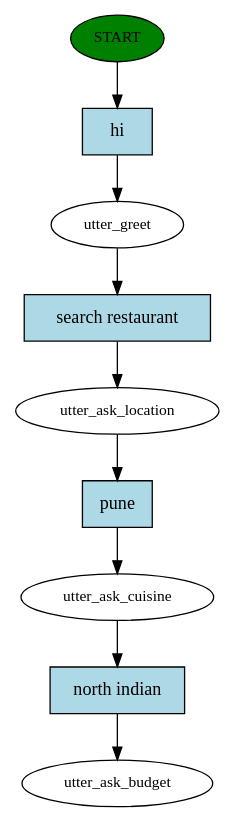
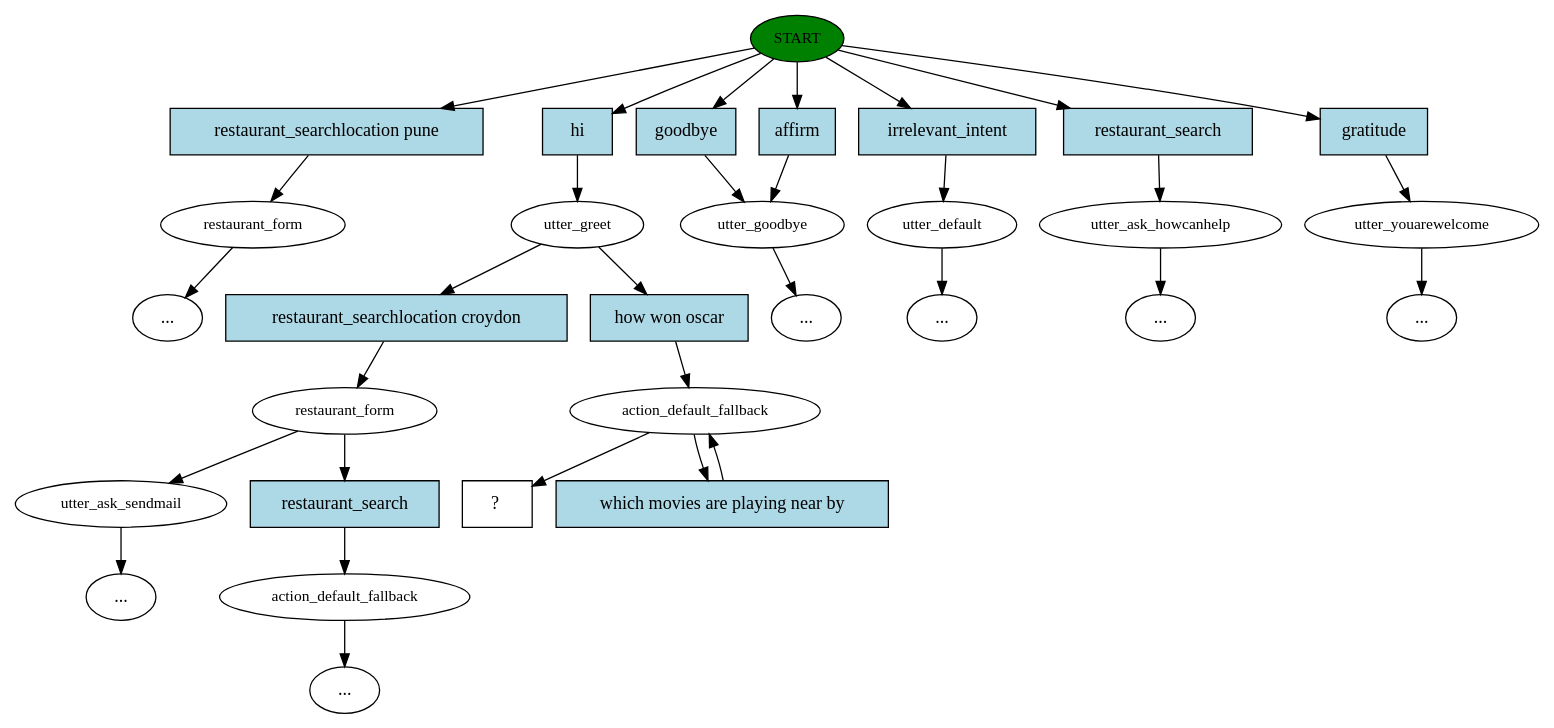
Before and after one commit to santoshcbit2002/RASA_NLU_BASE: the diagram in story_graph.dot, drawn with Graphviz. The commit also changed 8 other files, not shown here.

```diff
--- a/story_graph.dot
+++ b/story_graph.dot
@@ -1,19 +1,63 @@
 digraph  {
 0 [class="start active", fillcolor=green, fontsize=12, label=START, style=filled];
-1 [class=active, fontsize=12, label=utter_greet];
-2 [class=active, fontsize=12, label=utter_ask_location];
-3 [class=active, fontsize=12, label=utter_ask_cuisine];
-4 [class="dashed active", fontsize=12, label=utter_ask_budget];
-5 [class="intent active", fillcolor=lightblue, label=hi, shape=rect, style=filled];
-6 [class="intent active", fillcolor=lightblue, label="search restaurant", shape=rect, style=filled];
-7 [class="intent active", fillcolor=lightblue, label=pune, shape=rect, style=filled];
-8 [class="intent active", fillcolor=lightblue, label="north indian", shape=rect, style=filled];
-0 -> 5  [class=active, key=0];
-1 -> 6  [class=active, key=0];
-2 -> 7  [class=active, key=0];
-3 -> 8  [class=active, key=0];
-5 -> 1  [class=active, key=0];
-6 -> 2  [class=active, key=0];
-7 -> 3  [class=active, key=0];
-8 -> 4  [class=active, key=0];
+1 [class="", fontsize=12, label=restaurant_form];
+"-4" [class=ellipsis, label="..."];
+3 [class=active, fontsize=12, label=utter_greet];
+4 [class="", fontsize=12, label=restaurant_form];
+5 [class="", fontsize=12, label=utter_ask_sendmail];
+9 [class="", fontsize=12, label=utter_goodbye];
+10 [class="", fontsize=12, label=utter_default];
+"-8" [class=ellipsis, label="..."];
+32 [class="", fontsize=12, label=utter_ask_howcanhelp];
+"-16" [class=ellipsis, label="..."];
+"-18" [class=ellipsis, label="..."];
+37 [class="", fontsize=12, label=utter_youarewelcome];
+"-19" [class=ellipsis, label="..."];
+40 [class="", fontsize=12, label=action_default_fallback];
+"-20" [class=ellipsis, label="..."];
+"-21" [class=ellipsis, label="..."];
+45 [class=active, fontsize=12, label=action_default_fallback];
+47 [class="intent dashed active", label="  ?  ", shape=rect];
+48 [class=intent, fillcolor=lightblue, label="restaurant_searchlocation pune", shape=rect, style=filled];
+49 [class="intent active", fillcolor=lightblue, label=hi, shape=rect, style=filled];
+50 [class=intent, fillcolor=lightblue, label=goodbye, shape=rect, style=filled];
+51 [class=intent, fillcolor=lightblue, label=affirm, shape=rect, style=filled];
+52 [class=intent, fillcolor=lightblue, label=irrelevant_intent, shape=rect, style=filled];
+53 [class=intent, fillcolor=lightblue, label=restaurant_search, shape=rect, style=filled];
+54 [class=intent, fillcolor=lightblue, label=gratitude, shape=rect, style=filled];
+55 [class=intent, fillcolor=lightblue, label="restaurant_searchlocation croydon", shape=rect, style=filled];
+56 [class="intent active", fillcolor=lightblue, label="how won oscar", shape=rect, style=filled];
+57 [class=intent, fillcolor=lightblue, label=restaurant_search, shape=rect, style=filled];
+58 [class="intent active", fillcolor=lightblue, label="which movies are playing near by", shape=rect, style=filled];
+0 -> 48  [class="", key=0];
+0 -> 49  [class=active, key=0];
+0 -> 50  [class="", key=0];
+0 -> 51  [class="", key=0];
+0 -> 52  [class="", key=0];
+0 -> 53  [class="", key=0];
+0 -> 54  [class="", key=0];
+1 -> "-4"  [class="", key=NONE, label=""];
+3 -> 55  [class="", key=0];
+3 -> 56  [class=active, key=0];
+4 -> 5  [class="", key=NONE, label=""];
+4 -> 57  [class="", key=0];
+5 -> "-21"  [class="", key=NONE, label=""];
+9 -> "-18"  [class="", key=NONE, label=""];
+10 -> "-8"  [class="", key=NONE, label=""];
+32 -> "-16"  [class="", key=NONE, label=""];
+37 -> "-19"  [class="", key=NONE, label=""];
+40 -> "-20"  [class="", key=NONE, label=""];
+45 -> 47  [class=active, key=NONE, label=""];
+45 -> 58  [class=active, key=0];
+48 -> 1  [class="", key=0];
+49 -> 3  [class=active, key=0];
+50 -> 9  [class="", key=0];
+51 -> 9  [class="", key=0];
+52 -> 10  [class="", key=0];
+53 -> 32  [class="", key=0];
+54 -> 37  [class="", key=0];
+55 -> 4  [class="", key=0];
+56 -> 45  [class=active, key=0];
+57 -> 40  [class="", key=0];
+58 -> 45  [class=active, key=0];
 }
```
